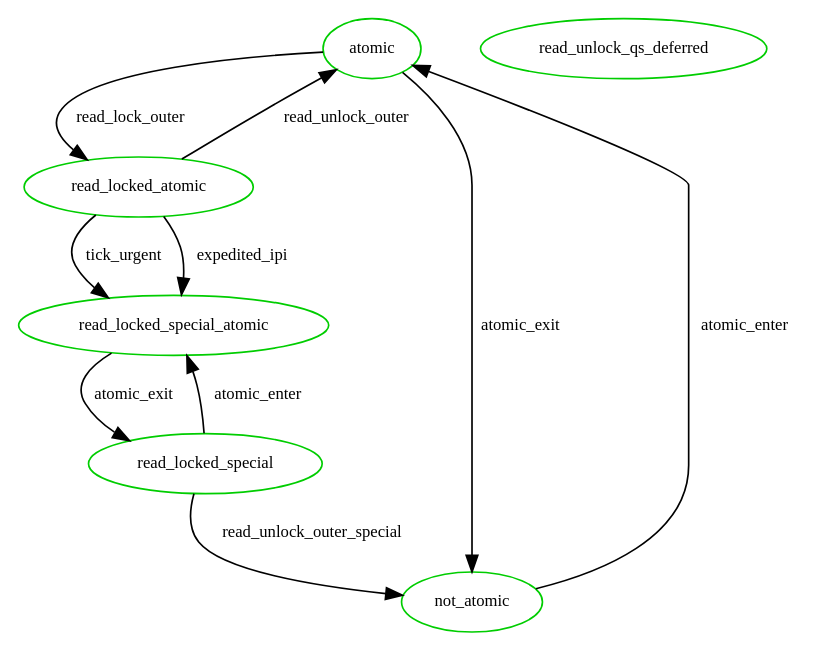
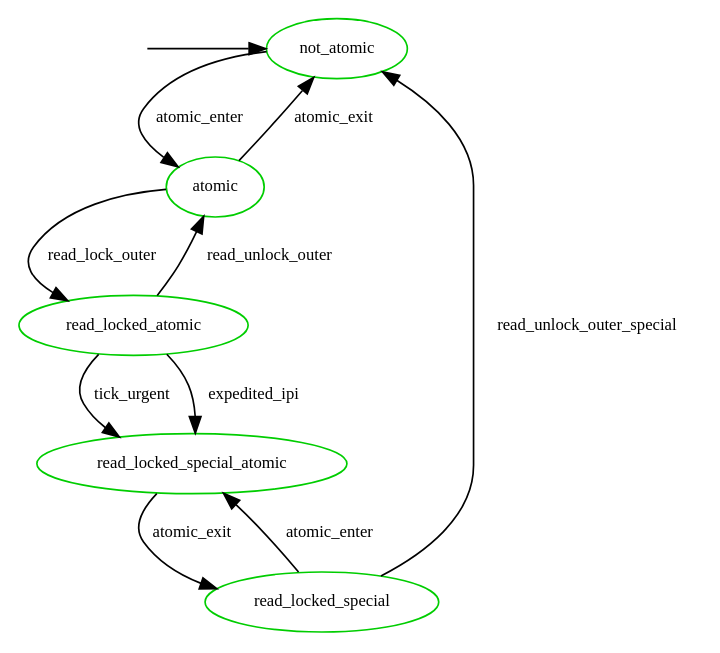
One commit to joelagnel/RCU_Supremica changed the diagram in Dot_Models/defer_atomic_rlock_runlock.dot. Above: the diagram before and after it, drawn with Graphviz. The commit also changed 1 other file, not shown here.

```diff
--- a/Dot_Models/defer_atomic_rlock_runlock.dot
+++ b/Dot_Models/defer_atomic_rlock_runlock.dot
@@ -1,39 +1,38 @@
 digraph state_automaton {
 	center = true;
 	// size = "700,800";
 	nodesep = 0.5;
-	// {node [shape = plaintext, style=invis, label=""] "__init_not_atomic"};
+	{node [shape = plaintext, style=invis, label=""] "__init_not_atomic"};
 	node [shape = ellipse, fontsize=10, color = green3];
 	edge [fontsize=10];
 
-	// "__init_not_atomic" -> "not_atomic";
+	"__init_not_atomic" -> "not_atomic";
 
 	/* Handling for pirq dis, read-lock, read-unlock, pirq en */
 	"atomic" [label = "atomic"];
+	"not_atomic" [label = "not_atomic"]; 
 	"read_locked_atomic" [label = "read_locked_atomic"];
-	"read_unlock_qs_deferred" [label = "read_unlock_qs_deferred"];
 
 	"atomic" -> "read_locked_atomic" [ label = "read_lock_outer" ];
 	"read_locked_atomic" -> "atomic" [ label = "read_unlock_outer" ];
 	/* After transition to read_locked_special_atomic,
 	 * everything remains same as defer_rlock_atomic_runlock.dot */
 	"read_locked_atomic" -> "read_locked_special_atomic" [ label = "tick_urgent" ];
 	"read_locked_atomic" -> "read_locked_special_atomic" [ label = "expedited_ipi" ];
 
         "read_locked_special" -> "read_locked_special_atomic" [ label = "atomic_enter" ];
         "read_locked_special_atomic" -> "read_locked_special" [ label = "atomic_exit" ];
 
 	"read_locked_special" -> "not_atomic" [ label = "read_unlock_outer_special" ];
 	"atomic" -> "not_atomic" [ label = "atomic_exit" ];
 	"not_atomic" -> "atomic" [ label = "atomic_enter" ];
 
 	// These are not needed as they're already modeled by defer_rlock_atomic_runlock.dot
 	// "read_locked_special_atomic" -> "read_unlock_qs_deferred" [ label = "read_unlock_outer_special" ];
 	// "read_unlock_qs_deferred" -> "not_atomic" [ label = "atomic_exit" ];
-/*
+
 	{ rank = min ;
 		"__init_not_atomic";
 		"not_atomic";
 	}
-*/
 }
```
